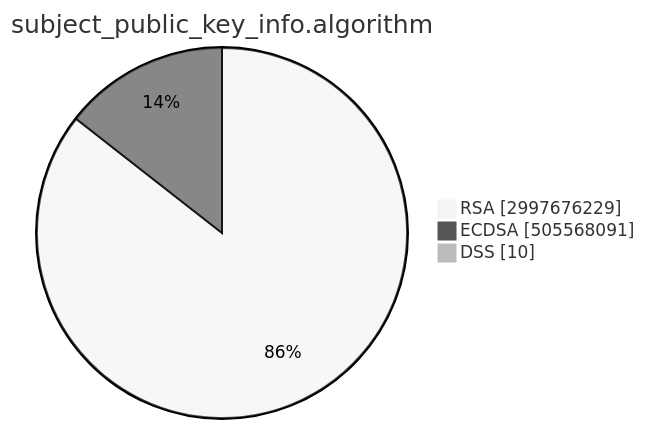
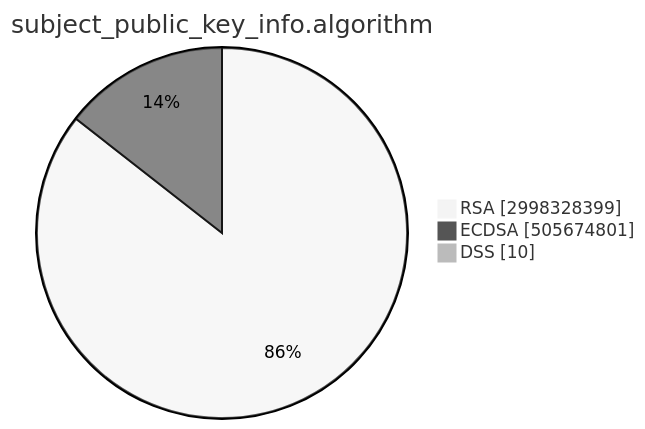
Before and after one commit to christiankrug/ctmonitor_visualization: the second of 15 diagrams in TOTAL/README.md, drawn with Mermaid (neutral theme). The commit also changed other lines of this file, not shown here.

````diff
--- a/TOTAL/README.md
+++ b/TOTAL/README.md
@@ -6,7 +6,7 @@
 ```mermaid
 pie showData
 title subject_public_key_info.algorithm
-"RSA" :2997676229
-"ECDSA" :505568091
+"RSA" :2998328399
+"ECDSA" :505674801
 "DSS" :10
 ```
````
